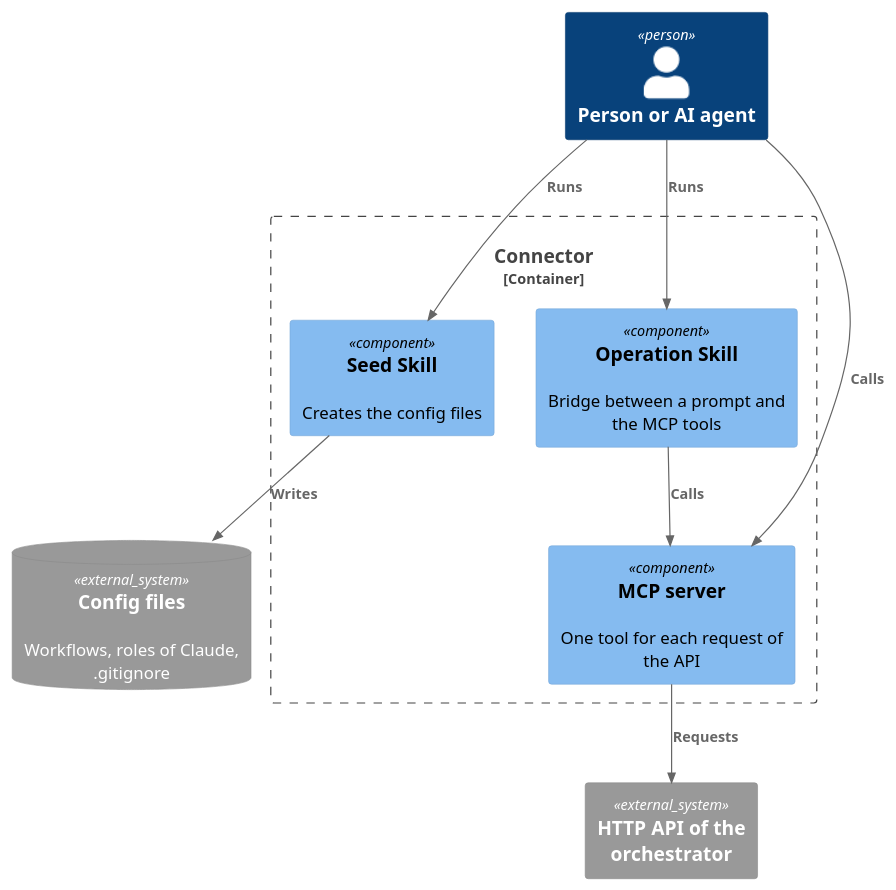
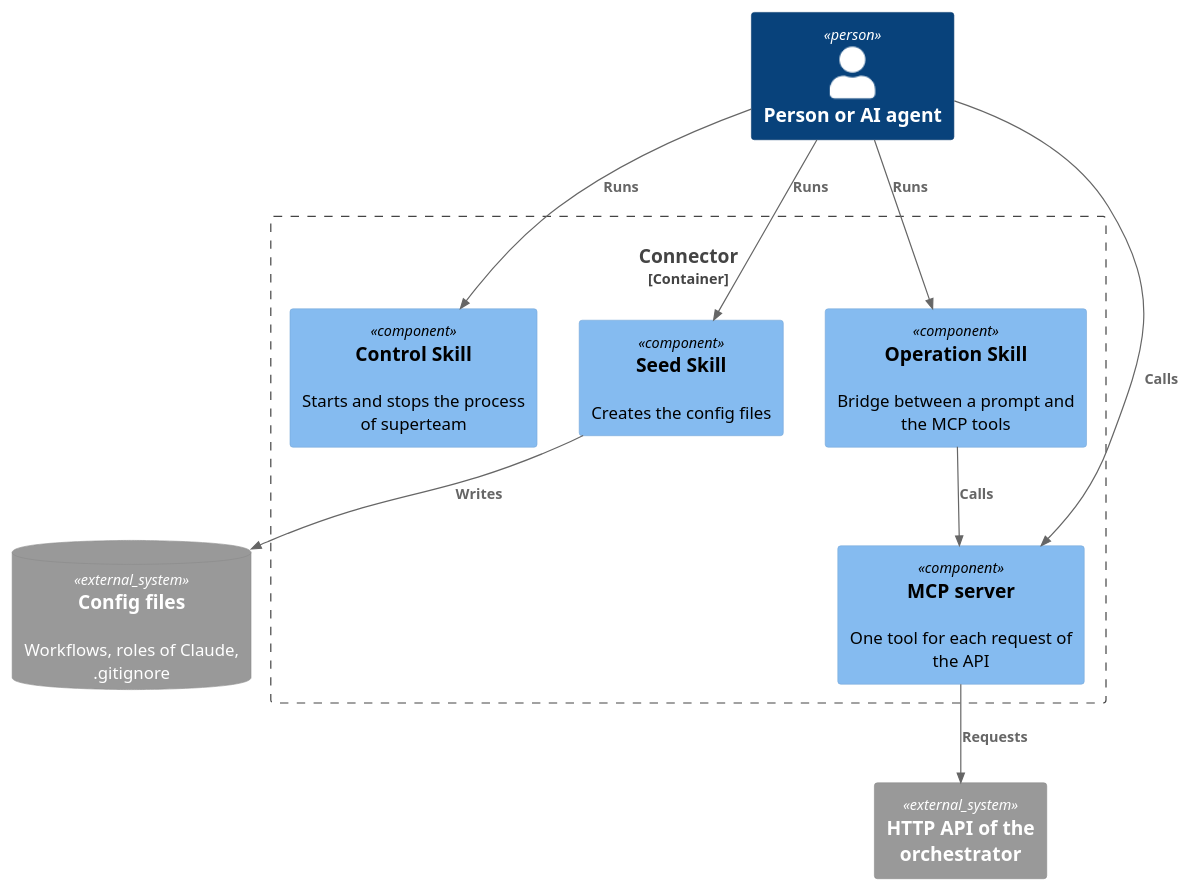
Before and after one commit to longlh/superteam: the diagram in docs/05_building-blocks/connector/connector.md, drawn with PlantUML. The commit also changed other lines of this file and 14 other files, not shown here.

First line of the commit message:
Decide how superteam starts, its port, and its ready signal

````diff
--- a/docs/05_building-blocks/connector/connector.md
+++ b/docs/05_building-blocks/connector/connector.md
@@ -12,22 +13,24 @@
 ```plantuml
 @startuml
 !include <C4/C4_Component>
 
 Person(person, "Person or AI agent", "")
 SystemDb_Ext(config, "Config files", "Workflows, roles of Claude, .gitignore")
 System_Ext(api, "HTTP API of the orchestrator", "")
 
 Container_Boundary(connector, "Connector") {
+  Component(control, "Control Skill", "", "Starts and stops the process of superteam")
   Component(seed, "Seed Skill", "", "Creates the config files")
   Component(operation, "Operation Skill", "", "Bridge between a prompt and the MCP tools")
   Component(mcp, "MCP server", "", "One tool for each request of the API")
 }
 
+Rel(person, control, "Runs")
 Rel(person, seed, "Runs")
 Rel(person, operation, "Runs")
 Rel(person, mcp, "Calls")
 Rel(seed, config, "Writes")
 Rel(operation, mcp, "Calls")
 Rel(mcp, api, "Requests")
 @enduml
 ```
````
